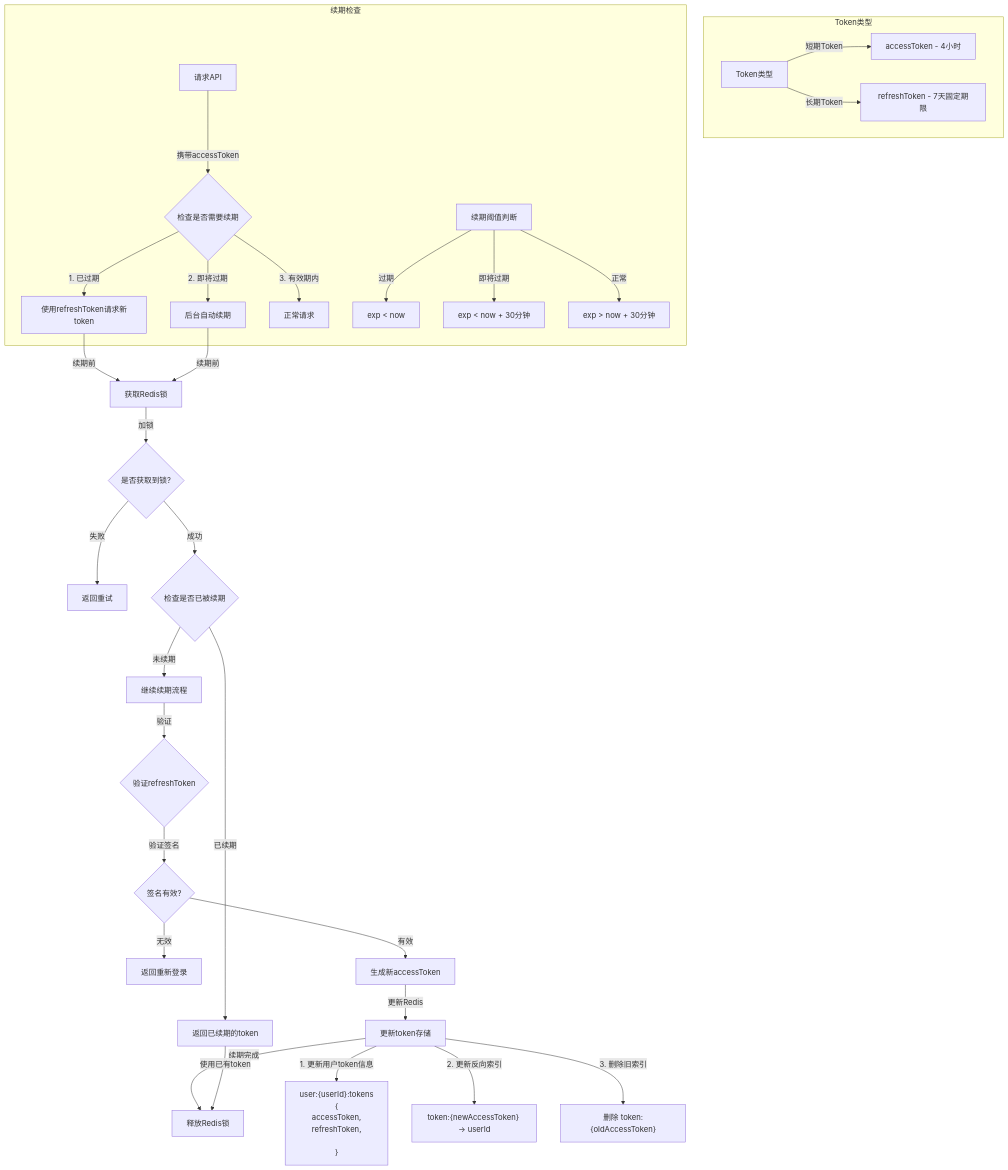
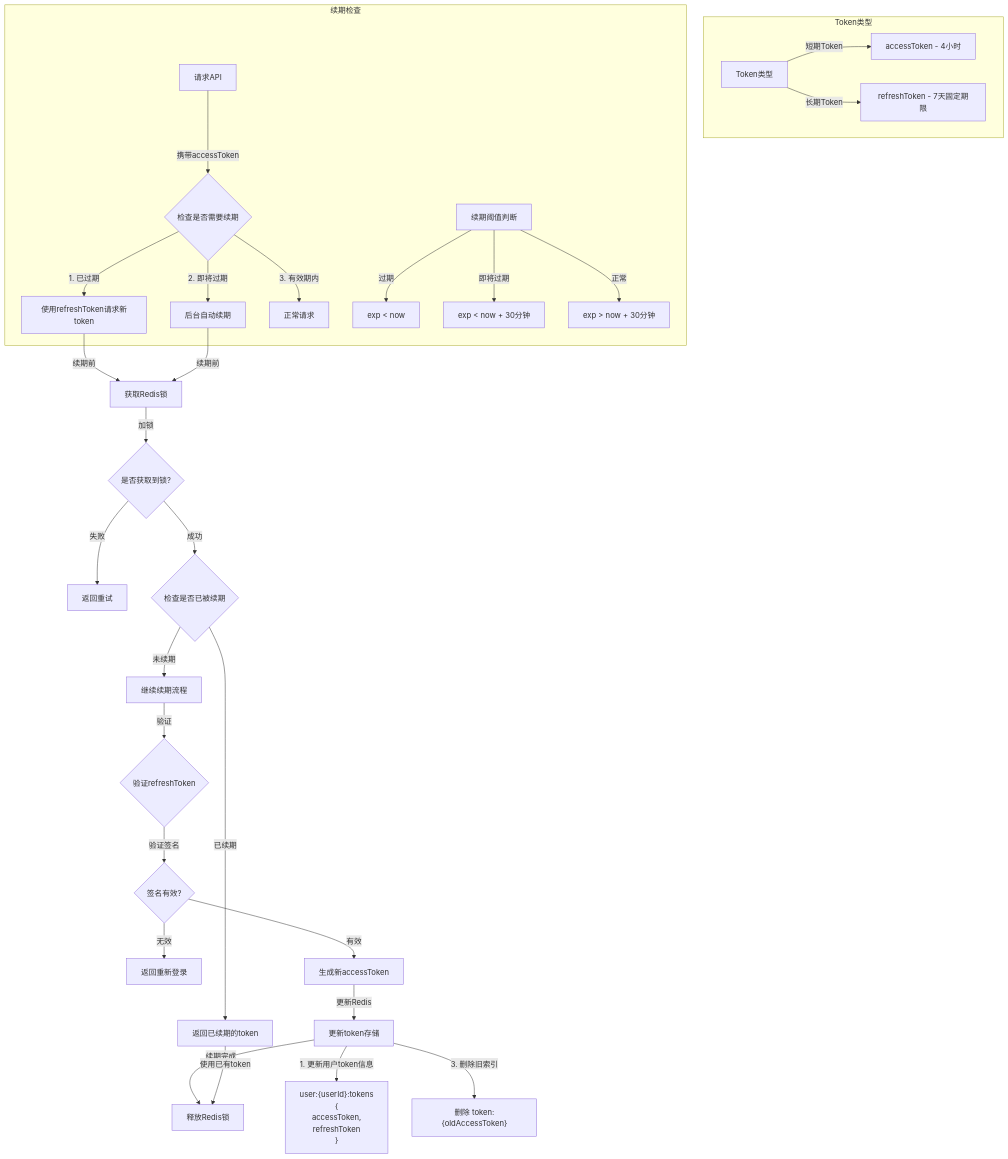
The diagram in all/考虑修改-15.md (yingjianzh/iodraw-files), drawn with Mermaid before and after one commit.

Commit message:
2025-01-03 09:44:23 update

````diff
--- a/all/考虑修改-15.md
+++ b/all/考虑修改-15.md
@@ -1,49 +1,48 @@
 ```mermaid
 flowchart TD
     subgraph Token类型
         A[Token类型] -->|短期Token| B[accessToken - 4小时]
         A -->|长期Token| C[refreshToken - 7天固定期限]
     end
 
     subgraph 续期检查
         F[请求API] -->|携带accessToken| G{检查是否需要续期}
         G -->|1. 已过期| H[使用refreshToken请求新token]
         G -->|2. 即将过期| I[后台自动续期]
         G -->|3. 有效期内| J[正常请求]
         
         %% 续期阈值判断
         K[续期阈值判断]
         K -->|过期| L[exp < now]
         K -->|即将过期| M[exp < now + 30分钟]
         K -->|正常| N[exp > now + 30分钟]
     end
 
     %% 并发控制和续期流程
     H & I -->|续期前| LC[获取Redis锁]
     LC -->|加锁| LD{是否获取到锁?}
     LD -->|失败| LE[返回重试]
     LD -->|成功| LF{检查是否已被续期}
     LF -->|已续期| LG[返回已续期的token]
     LF -->|未续期| LH[继续续期流程]   
 
     %% Token验证和生成
     LH -->|验证| O{验证refreshToken}
     O -->|验证签名| P{签名有效?}
     P -->|无效| Q1[返回重新登录]
     P -->|有效| V[生成新accessToken]
     
     %% Redis更新
     V -->|更新Redis| X[更新token存储]
     X -->|1. 更新用户token信息| Y["user:{userId}:tokens 
     {
         accessToken,
-        refreshToken,
-    
+        refreshToken
     }"]
-    X -->|2. 更新反向索引| Z["token:{newAccessToken} -> userId"]
+
     X -->|3. 删除旧索引| AA["删除 token:{oldAccessToken}"]
 
     %% 释放锁
     X -->|续期完成| LI[释放Redis锁]
     LG -->|使用已有token| LI
 ```
````
